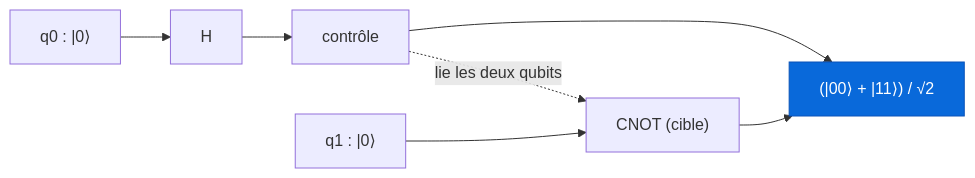
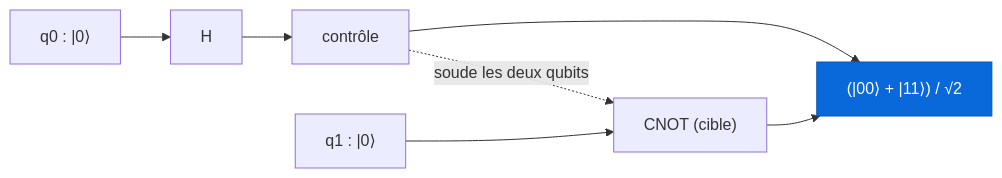
The second of 2 diagrams in posts/quantum-computing.md (Toastaspiring/Portfolio2026), drawn with Mermaid before and after one commit. The commit also changed other lines of this file and 6 other files, not shown here.

````diff
--- a/posts/quantum-computing.md
+++ b/posts/quantum-computing.md
@@ -123,10 +129,10 @@
 ```mermaid
 flowchart LR
     Q0["q0 : |0⟩"] --> H["H"]
     H --> CTRL["contrôle"]
     Q1["q1 : |0⟩"] --> TGT["CNOT (cible)"]
-    CTRL -. lie les deux qubits .-> TGT
+    CTRL -. soude les deux qubits .-> TGT
     CTRL --> OUT["(|00⟩ + |11⟩) / √2"]
     TGT --> OUT
     style OUT fill:#0969da,stroke:#0a53b8,color:#fff
 ```
````
